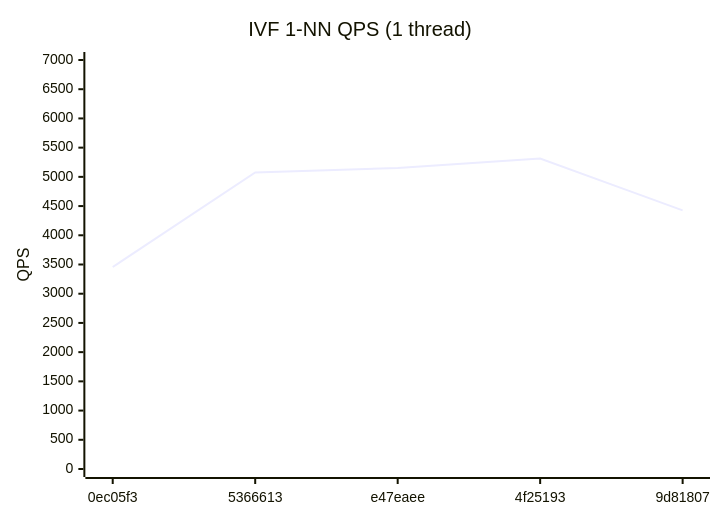
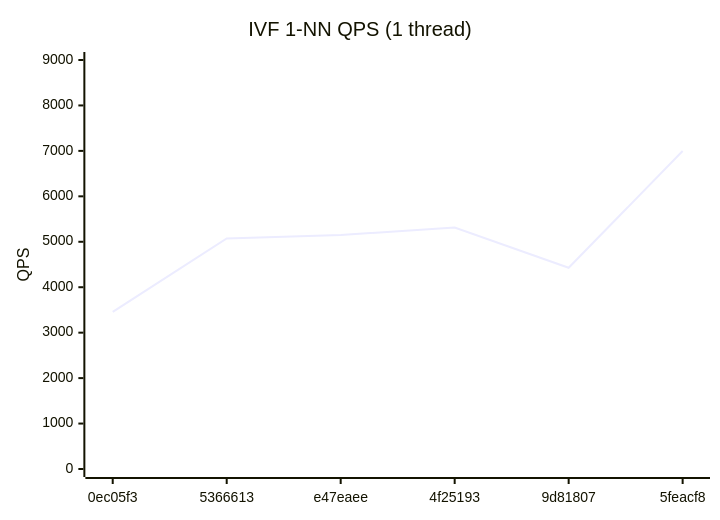
One commit to bibidhSubedi0/RedBoxDb changed the third of 4 diagrams in benchmarks/REPORT.md. Above: the diagram before and after it, drawn with Mermaid. The commit also changed other lines of this file and 1 other file, not shown here.

Commit message:
bench: update performance report [5feacf8] [skip ci]

````diff
--- a/benchmarks/REPORT.md
+++ b/benchmarks/REPORT.md
@@ -39,7 +39,7 @@
 ```mermaid
 xychart-beta
   title "IVF 1-NN QPS (1 thread)"
-  x-axis ["0ec05f3", "5366613", "e47eaee", "4f25193", "9d81807"]
-  y-axis "QPS" 0 --> 7000
-  line [3457, 5074, 5151, 5312, 4427]
+  x-axis ["0ec05f3", "5366613", "e47eaee", "4f25193", "9d81807", "5feacf8"]
+  y-axis "QPS" 0 --> 9000
+  line [3457, 5074, 5151, 5312, 4427, 6996]
 ```
````
